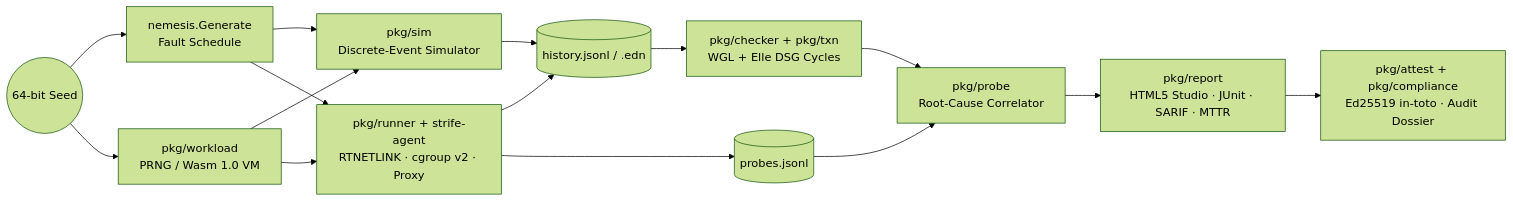
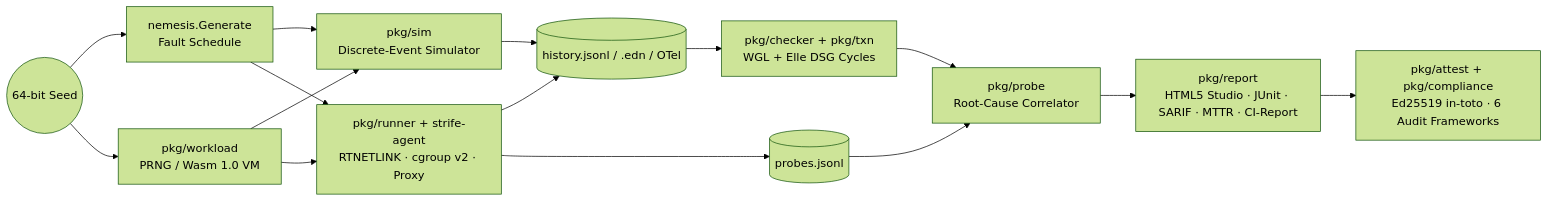
One commit to Kemalhafizh/strife changed the diagram in README.md. Above: the diagram before and after it, drawn with Mermaid (forest theme). The commit also changed other lines of this file and 4 other files, not shown here.

````diff
--- a/README.md
+++ b/README.md
@@ -444,17 +452,17 @@
 ```mermaid
 flowchart LR
   seed(("64-bit Seed")) --> sched["nemesis.Generate<br/>Fault Schedule"]
   seed --> wl["pkg/workload<br/>PRNG / Wasm 1.0 VM"]
   sched --> simw["pkg/sim<br/>Discrete-Event Simulator"]
   wl --> simw
   sched --> live["pkg/runner + strife-agent<br/>RTNETLINK · cgroup v2 · Proxy"]
   wl --> live
-  simw --> hist[("history.jsonl / .edn")]
+  simw --> hist[("history.jsonl / .edn / OTel")]
   live --> hist
   live --> probes[("probes.jsonl")]
   hist --> chk["pkg/checker + pkg/txn<br/>WGL + Elle DSG Cycles"]
   probes --> corr["pkg/probe<br/>Root-Cause Correlator"]
   chk --> corr
-  corr --> rep["pkg/report<br/>HTML5 Studio · JUnit · SARIF · MTTR"]
-  rep --> att["pkg/attest + pkg/compliance<br/>Ed25519 in-toto · Audit Dossier"]
+  corr --> rep["pkg/report<br/>HTML5 Studio · JUnit · SARIF · MTTR · CI-Report"]
+  rep --> att["pkg/attest + pkg/compliance<br/>Ed25519 in-toto · 6 Audit Frameworks"]
 ```
````
